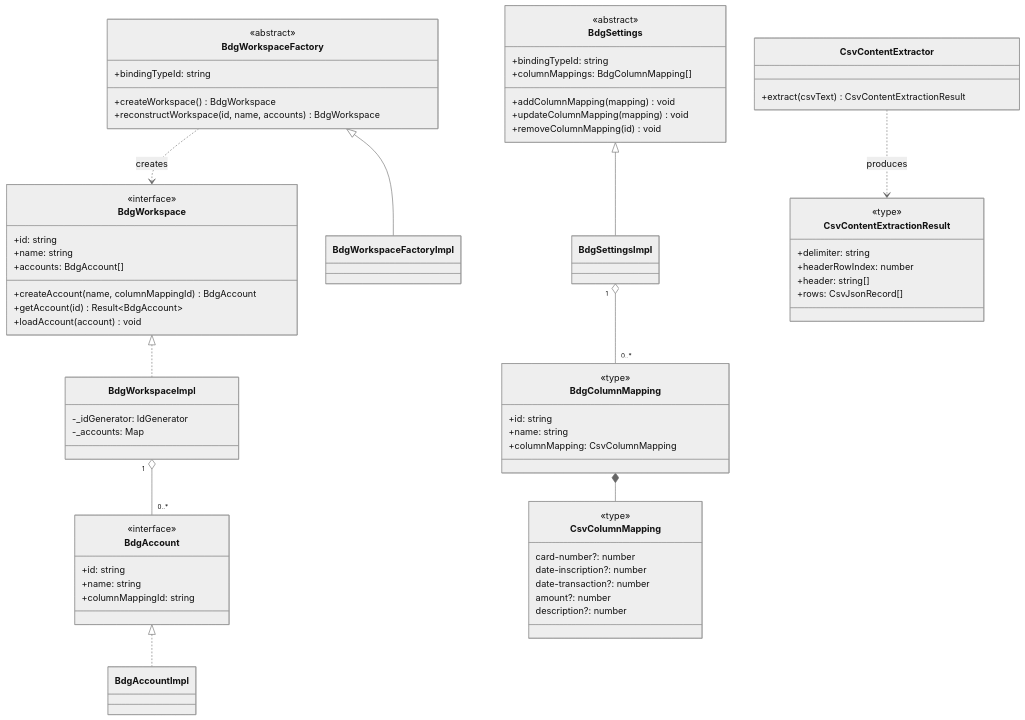
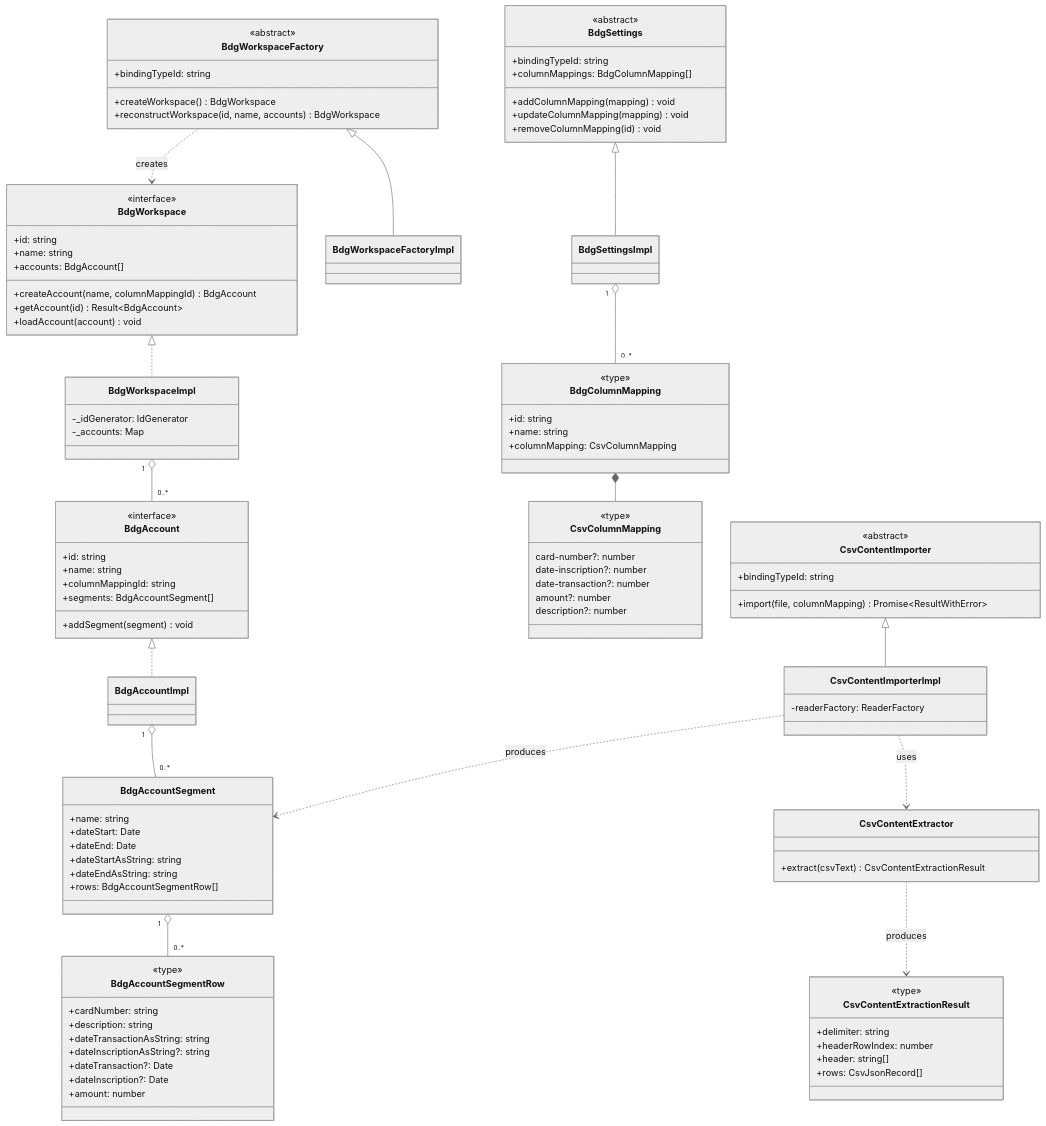
One commit to cobreti/Budgan changed the third of 9 diagrams in Doc/Engine-TestApp/Engine-TestApp.md. Above: the diagram before and after it, drawn with Mermaid (neutral theme). The commit also changed other lines of this file and 2 other files, not shown here.

````diff
--- a/Doc/Engine-TestApp/Engine-TestApp.md
+++ b/Doc/Engine-TestApp/Engine-TestApp.md
@@ -90,8 +92,28 @@
         +id: string
         +name: string
         +columnMappingId: string
+        +segments: BdgAccountSegment[]
+        +addSegment(segment) void
     }
     class BdgAccountImpl
+    class BdgAccountSegment {
+        +name: string
+        +dateStart: Date
+        +dateEnd: Date
+        +dateStartAsString: string
+        +dateEndAsString: string
+        +rows: BdgAccountSegmentRow[]
+    }
+    class BdgAccountSegmentRow {
+        <<type>>
+        +cardNumber: string
+        +description: string
+        +dateTransactionAsString: string
+        +dateInscriptionAsString?: string
+        +dateTransaction?: Date
+        +dateInscription?: Date
+        +amount: number
+    }
     class BdgWorkspaceFactory {
         <<abstract>>
         +bindingTypeId: string
@@ -136,10 +158,20 @@
         +header: string[]
         +rows: CsvJsonRecord[]
     }
+    class CsvContentImporter {
+        <<abstract>>
+        +bindingTypeId: string
+        +import(file, columnMapping) Promise~ResultWithError~
+    }
+    class CsvContentImporterImpl {
+        -readerFactory: ReaderFactory
+    }
 
     BdgWorkspace <|.. BdgWorkspaceImpl
     BdgWorkspaceImpl "1" o-- "0..*" BdgAccount
     BdgAccount <|.. BdgAccountImpl
+    BdgAccountImpl "1" o-- "0..*" BdgAccountSegment
+    BdgAccountSegment "1" o-- "0..*" BdgAccountSegmentRow
     BdgWorkspaceFactory <|-- BdgWorkspaceFactoryImpl
     BdgWorkspaceFactory ..> BdgWorkspace : creates
 
@@ -148,4 +180,7 @@
     BdgColumnMapping *-- CsvColumnMapping
 
     CsvContentExtractor ..> CsvContentExtractionResult : produces
+    CsvContentImporter <|-- CsvContentImporterImpl
+    CsvContentImporterImpl ..> CsvContentExtractor : uses
+    CsvContentImporterImpl ..> BdgAccountSegment : produces
 ```
````
